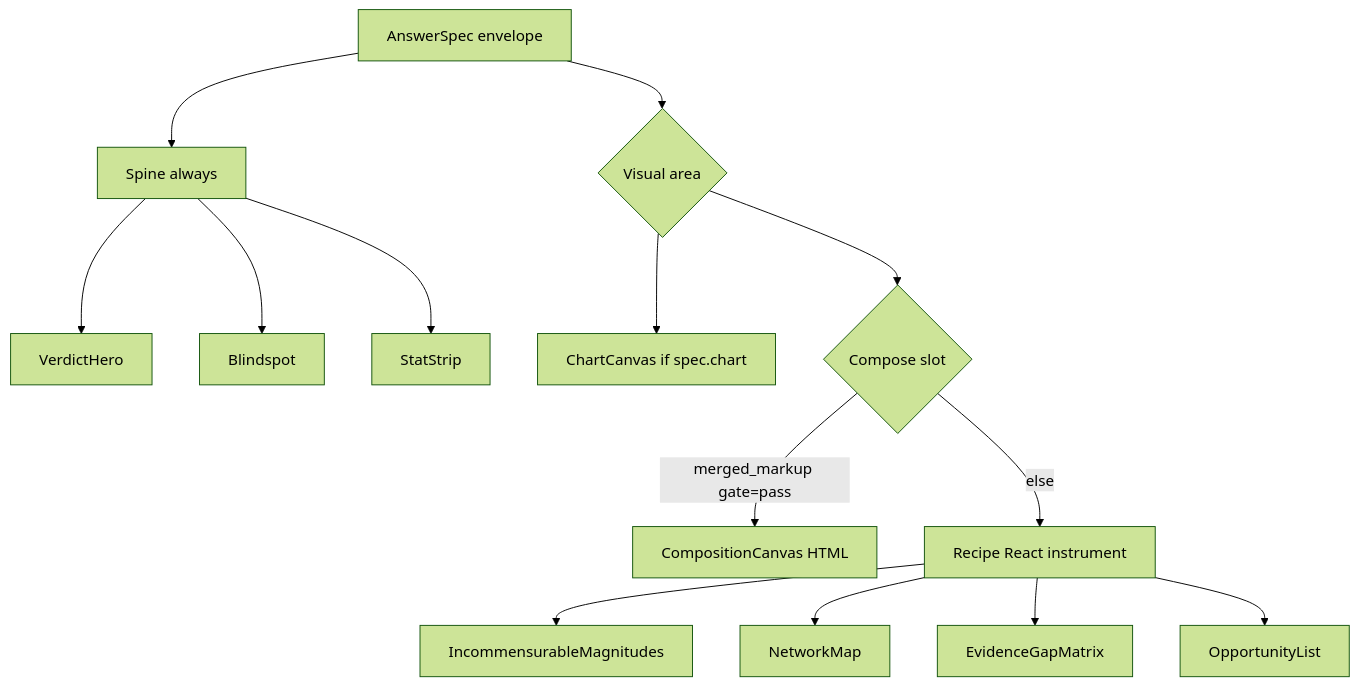
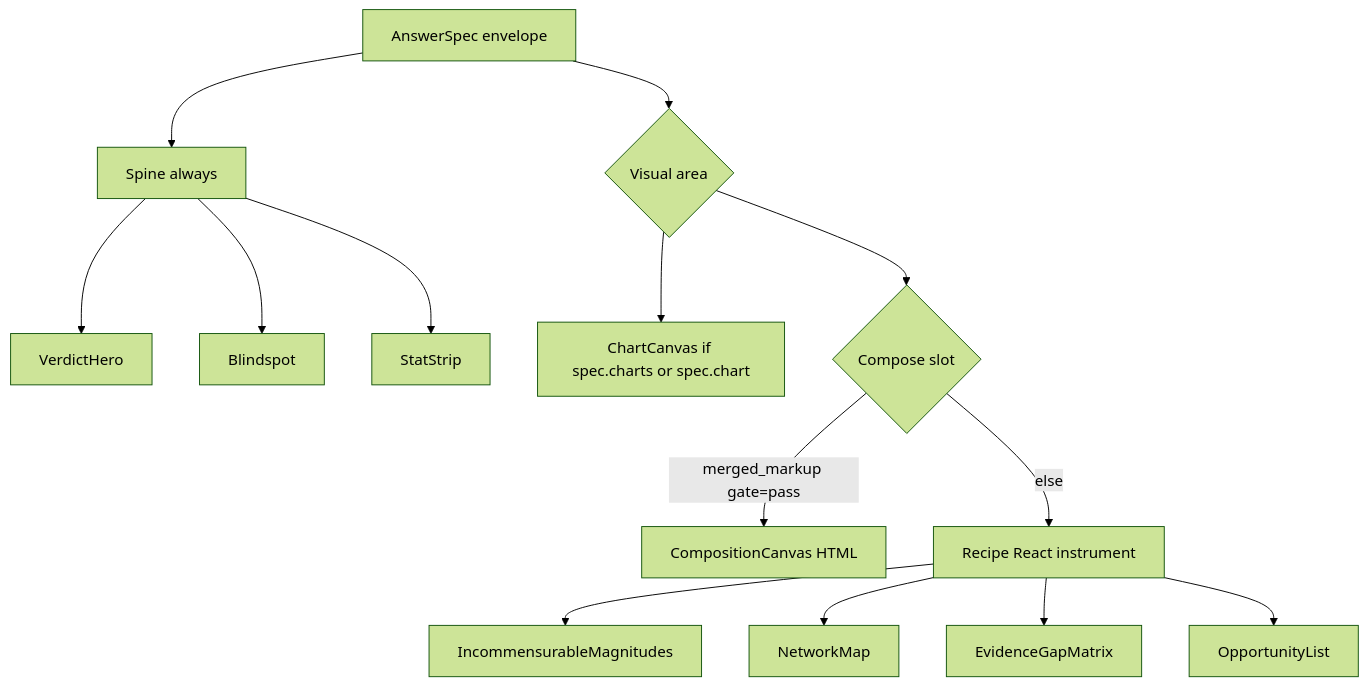
One commit to DayoOdunlami/Atlas-v0.5 changed the fourth of 5 diagrams in docs/ATLAS_V5_BLUEPRINT.md. Above: the diagram before and after it, drawn with Mermaid (forest theme). The commit also changed other lines of this file and 86 other files, not shown here.

````diff
--- a/docs/ATLAS_V5_BLUEPRINT.md
+++ b/docs/ATLAS_V5_BLUEPRINT.md
@@ -317,19 +328,19 @@
 ```mermaid
 flowchart TD
   Spec[AnswerSpec envelope]
   Spec --> Spine[Spine always]
   Spine --> V[VerdictHero]
   Spine --> B[Blindspot]
   Spine --> ST[StatStrip]
 
   Spec --> Visual{Visual area}
-  Visual --> CH[ChartCanvas if spec.chart]
+  Visual --> CH[ChartCanvas if spec.charts or spec.chart]
   Visual --> Fork{Compose slot}
   Fork -->|merged_markup gate=pass| CO[CompositionCanvas HTML]
   Fork -->|else| REC[Recipe React instrument]
 
   REC --> IM[IncommensurableMagnitudes]
   REC --> NM[NetworkMap]
   REC --> EG[EvidenceGapMatrix]
   REC --> OL[OpportunityList]
 ```
````
